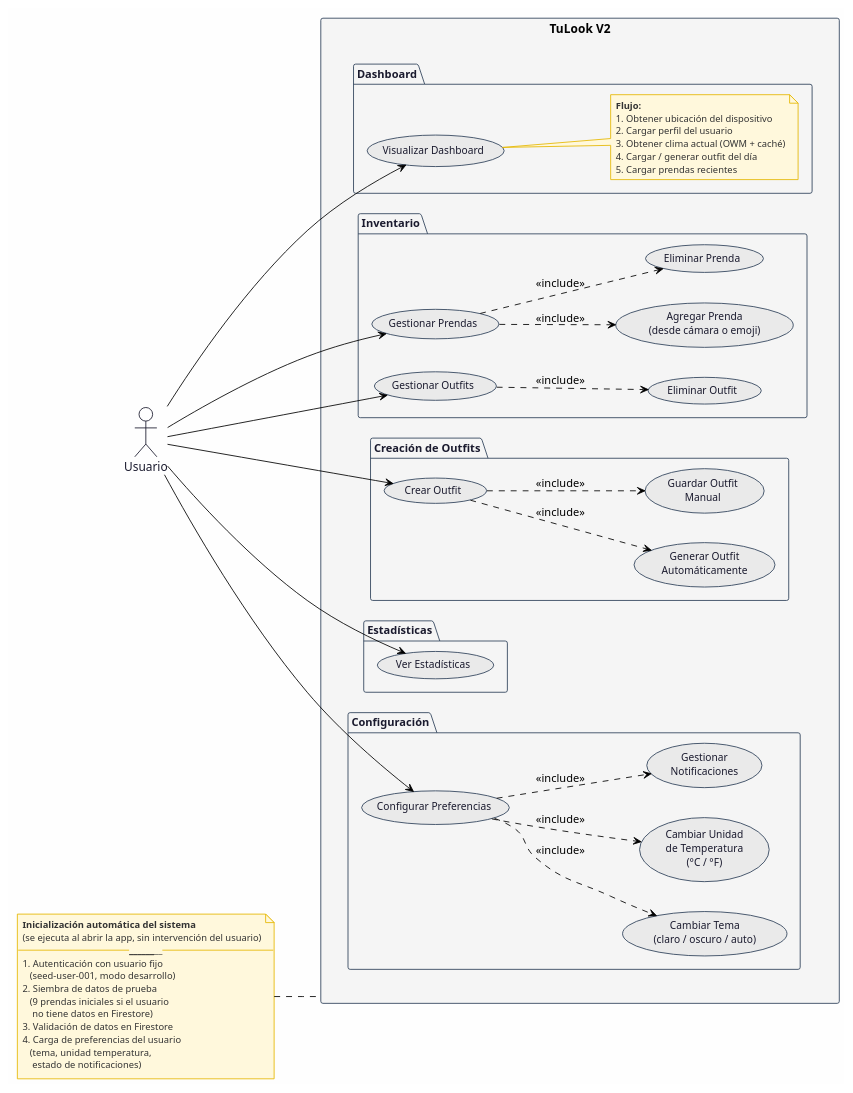
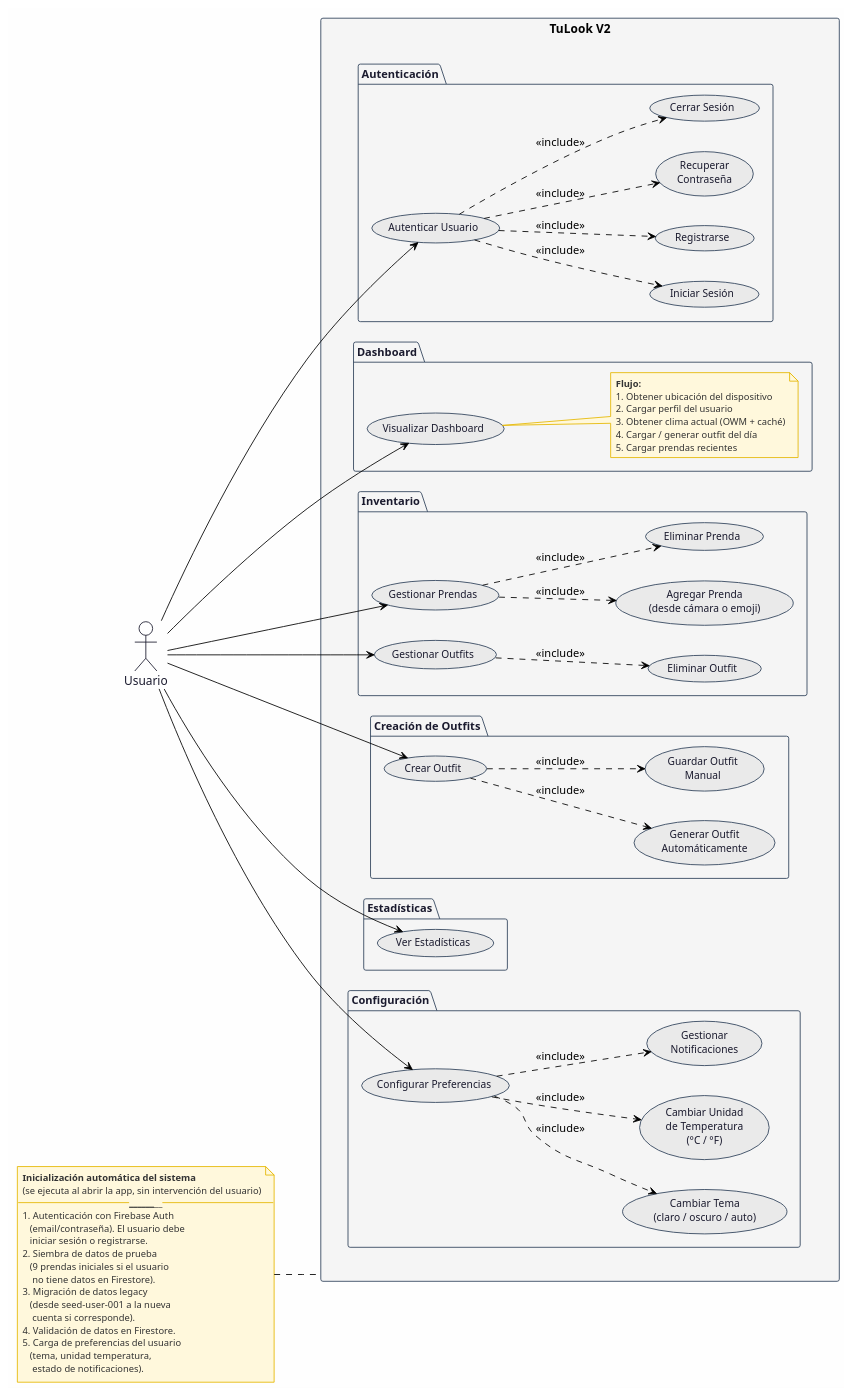
One commit to NataliaOsorioL/tulook changed the diagram in diagrams/01-casos-de-uso.puml. Above: the diagram before and after it, drawn with PlantUML. The commit also changed 14 other files, not shown here.

Commit message:
Actualización de diagramas

```diff
--- a/diagrams/01-casos-de-uso.puml
+++ b/diagrams/01-casos-de-uso.puml
@@ -1,140 +1,160 @@
 @startuml
 '
 ' Diagrama de Casos de Uso - TuLook V2
 ' Basado estrictamente en el código fuente existente
 '
 
 !theme plain
 skinparam backgroundColor #FEFEFE
 skinparam actor {
   BorderColor #1A1A2E
   FontColor #1A1A2E
   FontSize 14
 }
 skinparam usecase {
   BorderColor #2D4059
   BackgroundColor #EAEAEA
   FontColor #1A1A2E
   FontSize 12
 }
 skinparam package {
   BorderColor #2D4059
   BackgroundColor #F5F5F5
   FontColor #1A1A2E
   FontSize 13
   FontStyle bold
 }
 skinparam note {
   BorderColor #E6B800
   BackgroundColor #FFF8DC
   FontColor #333333
   FontSize 11
 }
 
 left to right direction
 
 ' =============================================================================
 ' ACTORES
 ' =============================================================================
 actor "Usuario" as user
 
 ' =============================================================================
 ' SISTEMA (límite)
 ' =============================================================================
 rectangle "TuLook V2" as system {
+
+  ' ---------------------------------------------------------------------------
+  ' AUTENTICACIÓN
+  ' ---------------------------------------------------------------------------
+  package "Autenticación" as p_auth {
+    usecase "Autenticar Usuario" as UC0
+    usecase "Iniciar Sesión" as UC0a
+    usecase "Registrarse" as UC0b
+    usecase "Recuperar\nContraseña" as UC0c
+    usecase "Cerrar Sesión" as UC0d
+  }
 
   ' ---------------------------------------------------------------------------
   ' DASHBOARD
   ' ---------------------------------------------------------------------------
   package "Dashboard" as p_dash {
     usecase "Visualizar Dashboard" as UC1
     note right of UC1
       **Flujo:**
       1. Obtener ubicación del dispositivo
       2. Cargar perfil del usuario
       3. Obtener clima actual (OWM + caché)
       4. Cargar / generar outfit del día
       5. Cargar prendas recientes
     end note
   }
 
   ' ---------------------------------------------------------------------------
   ' INVENTARIO
   ' ---------------------------------------------------------------------------
   package "Inventario" as p_inv {
     usecase "Gestionar Prendas" as UC2
     usecase "Agregar Prenda\n(desde cámara o emoji)" as UC2a
     usecase "Eliminar Prenda" as UC2b
 
     usecase "Gestionar Outfits" as UC3
     usecase "Eliminar Outfit" as UC3a
   }
 
   ' ---------------------------------------------------------------------------
   ' CREACIÓN DE OUTFITS
   ' ---------------------------------------------------------------------------
   package "Creación de Outfits" as p_out {
     usecase "Crear Outfit" as UC4
     usecase "Generar Outfit\nAutomáticamente" as UC4a
     usecase "Guardar Outfit\nManual" as UC4b
   }
 
   ' ---------------------------------------------------------------------------
   ' ESTADÍSTICAS
   ' ---------------------------------------------------------------------------
   package "Estadísticas" as p_stats {
     usecase "Ver Estadísticas" as UC5
   }
 
   ' ---------------------------------------------------------------------------
   ' CONFIGURACIÓN
   ' ---------------------------------------------------------------------------
   package "Configuración" as p_config {
     usecase "Configurar Preferencias" as UC6
     usecase "Cambiar Tema\n(claro / oscuro / auto)" as UC6a
     usecase "Cambiar Unidad\nde Temperatura\n(°C / °F)" as UC6b
     usecase "Gestionar\nNotificaciones" as UC6c
   }
 }
 
 ' =============================================================================
 ' RELACIONES ACTOR → CASOS DE USO
 ' =============================================================================
+user --> UC0
 user --> UC1
 user --> UC2
 user --> UC3
 user --> UC4
 user --> UC5
 user --> UC6
 
 ' =============================================================================
 ' RELACIONES <<include>> ENTRE CASOS DE USO
 ' =============================================================================
+UC0 ..> UC0a : <<include>>
+UC0 ..> UC0b : <<include>>
+UC0 ..> UC0c : <<include>>
+UC0 ..> UC0d : <<include>>
 UC2 ..> UC2a : <<include>>
 UC2 ..> UC2b : <<include>>
 UC3 ..> UC3a : <<include>>
 UC4 ..> UC4a : <<include>>
 UC4 ..> UC4b : <<include>>
 UC6 ..> UC6a : <<include>>
 UC6 ..> UC6b : <<include>>
 UC6 ..> UC6c : <<include>>
 
 ' =============================================================================
 ' NOTAS DEL SISTEMA
 ' =============================================================================
 note left of system
   **Inicialización automática del sistema**
   (se ejecuta al abrir la app, sin intervención del usuario)
   ____________________________________
-  1. Autenticación con usuario fijo
-     (seed-user-001, modo desarrollo)
+  1. Autenticación con Firebase Auth
+     (email/contraseña). El usuario debe
+     iniciar sesión o registrarse.
   2. Siembra de datos de prueba
      (9 prendas iniciales si el usuario
-      no tiene datos en Firestore)
-  3. Validación de datos en Firestore
-  4. Carga de preferencias del usuario
+      no tiene datos en Firestore).
+  3. Migración de datos legacy
+     (desde seed-user-001 a la nueva
+      cuenta si corresponde).
+  4. Validación de datos en Firestore.
+  5. Carga de preferencias del usuario
      (tema, unidad temperatura,
-      estado de notificaciones)
+      estado de notificaciones).
 end note
 
 @enduml
```
